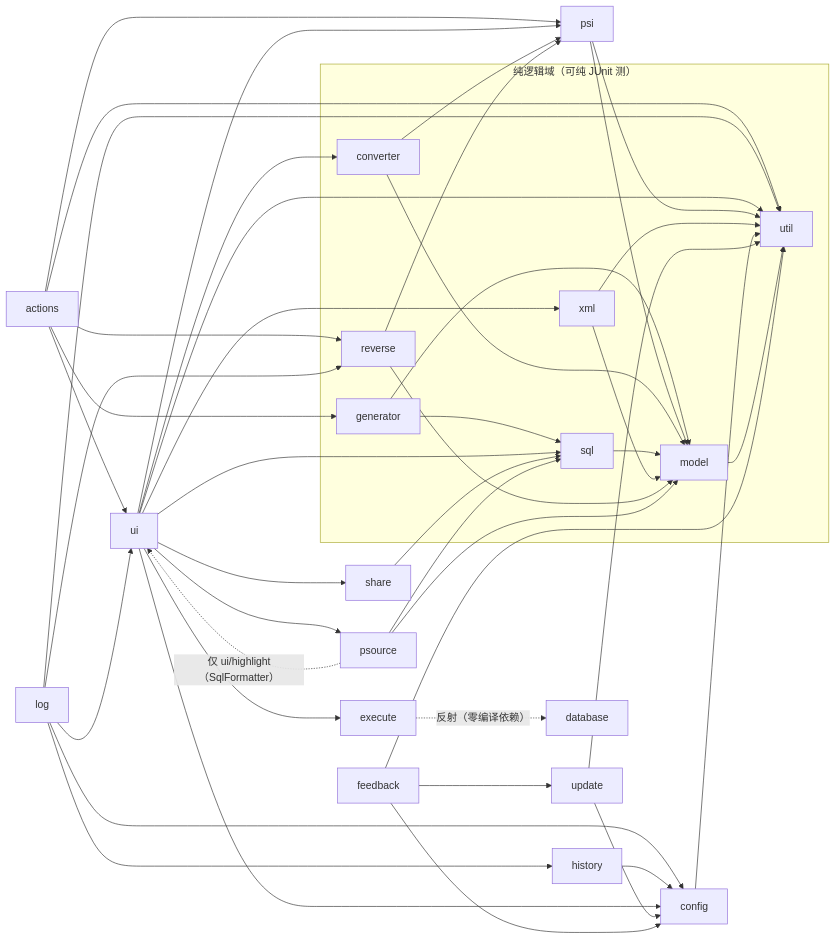
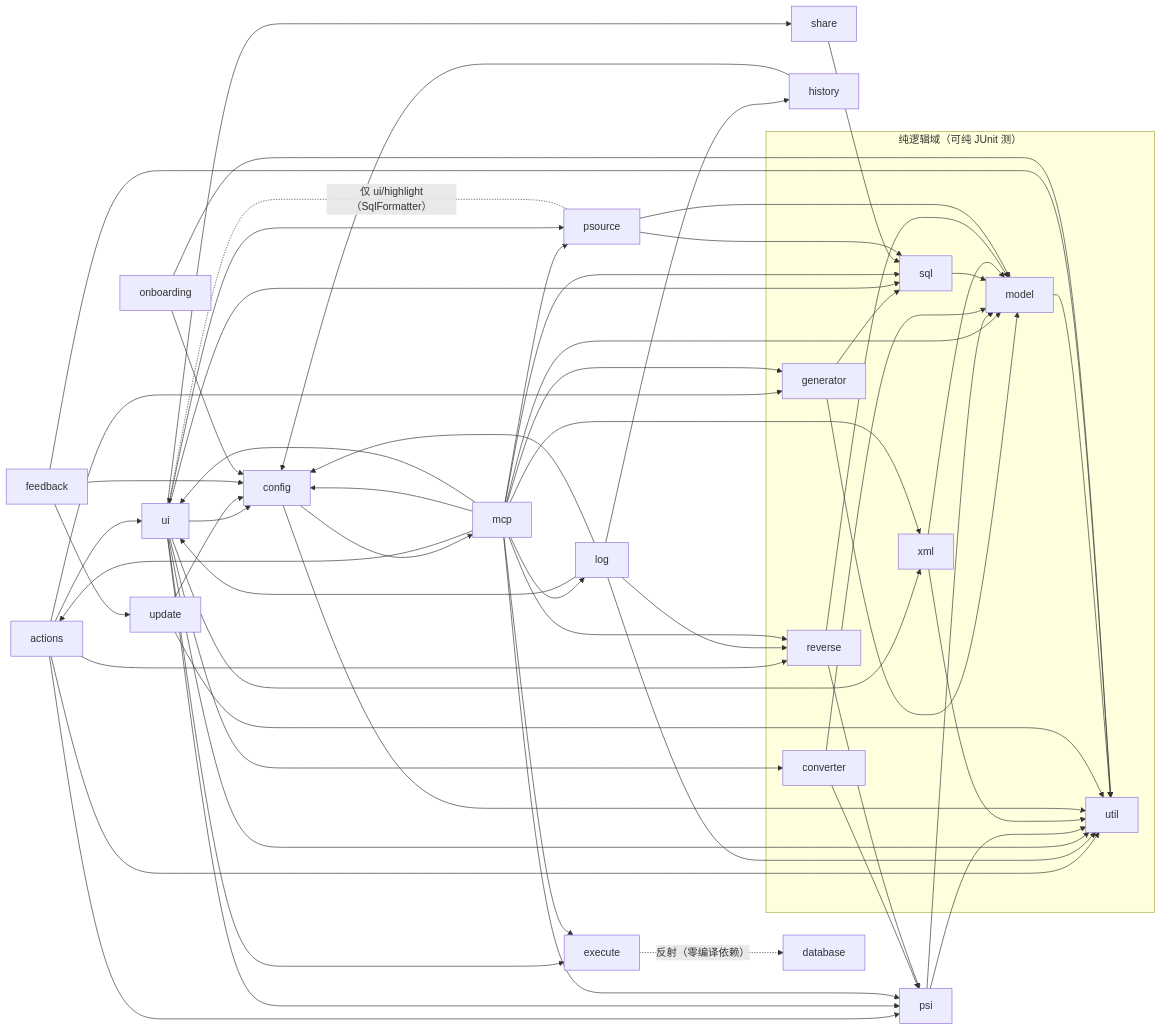
One commit to JayF211/mybatis-plus-sql-visualizer changed the third of 5 diagrams in docs/架构设计/01-项目架构总览.md. Above: the diagram before and after it, drawn with Mermaid. The commit also changed other lines of this file and 156 other files, not shown here.

````diff
--- a/docs/架构设计/01-项目架构总览.md
+++ b/docs/架构设计/01-项目架构总览.md
@@ -146,56 +157,72 @@
 ```mermaid
 flowchart LR
     actions --> ui
     actions --> reverse
     actions --> psi
     actions --> util
     actions --> generator
     generator --> model
     generator --> sql
     log --> ui
     log --> reverse
     log --> history
     log --> config
     log --> util
     history --> config
     ui --> psi
     ui --> converter
     ui --> sql
     ui --> xml
     ui --> execute
     ui --> share
     ui --> config
     ui --> util
+    mcp --> actions
+    mcp --> config
+    mcp --> execute
+    mcp --> generator
+    mcp --> log
+    mcp --> model
+    mcp --> psi
+    mcp --> psource
+    mcp --> reverse
+    mcp --> sql
+    mcp --> ui
+    mcp --> xml
+    config --> mcp
     psi --> model
     psi --> util
     converter --> model
     converter --> psi
     sql --> model
     xml --> model
     xml --> util
     reverse --> model
     reverse --> psi
     execute -. "反射（零编译依赖）" .-> database
     config --> util
     update --> config
     update --> util
     model --> util
     share --> sql
     psource --> model
     psource --> sql
     psource -. "仅 ui/highlight（SqlFormatter）" .-> ui
     ui --> psource
     feedback --> config
     feedback --> update
     feedback --> util
+    onboarding --> config
+    onboarding --> util
 
     subgraph 纯逻辑域["纯逻辑域（可纯 JUnit 测）"]
         model
         converter
         sql
         xml
         reverse
         generator
         util
+        generator
     end
 ```
````
